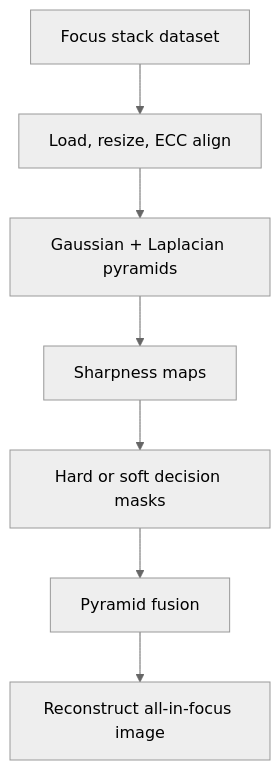
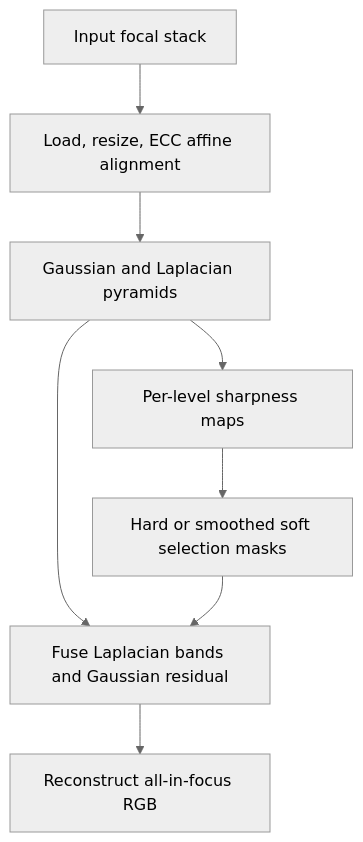
One commit to ljc-1222/bokeh-rendering-focus-stacking-suite changed the second of 2 diagrams in docs/architecture.md. Above: the diagram before and after it, drawn with Mermaid (neutral theme). The commit also changed other lines of this file and 3 other files, not shown here.

````diff
--- a/docs/architecture.md
+++ b/docs/architecture.md
@@ -44,9 +74,10 @@
 ```mermaid
 flowchart TD
-  Stack["Focus stack dataset"] --> Preprocess["Load, resize, ECC align"]
-  Preprocess --> Pyramids["Gaussian + Laplacian pyramids"]
-  Pyramids --> Sharpness["Sharpness maps"]
-  Sharpness --> Masks["Hard or soft decision masks"]
-  Masks --> Fusion["Pyramid fusion"]
-  Fusion --> Reconstruct["Reconstruct all-in-focus image"]
+  S["Input focal stack"] --> A["Load, resize, ECC affine alignment"]
+  A --> P["Gaussian and Laplacian pyramids"]
+  P --> M["Per-level sharpness maps"]
+  M --> W["Hard or smoothed soft selection masks"]
+  P --> F["Fuse Laplacian bands and Gaussian residual"]
+  W --> F
+  F --> O["Reconstruct all-in-focus RGB"]
 ```
````
